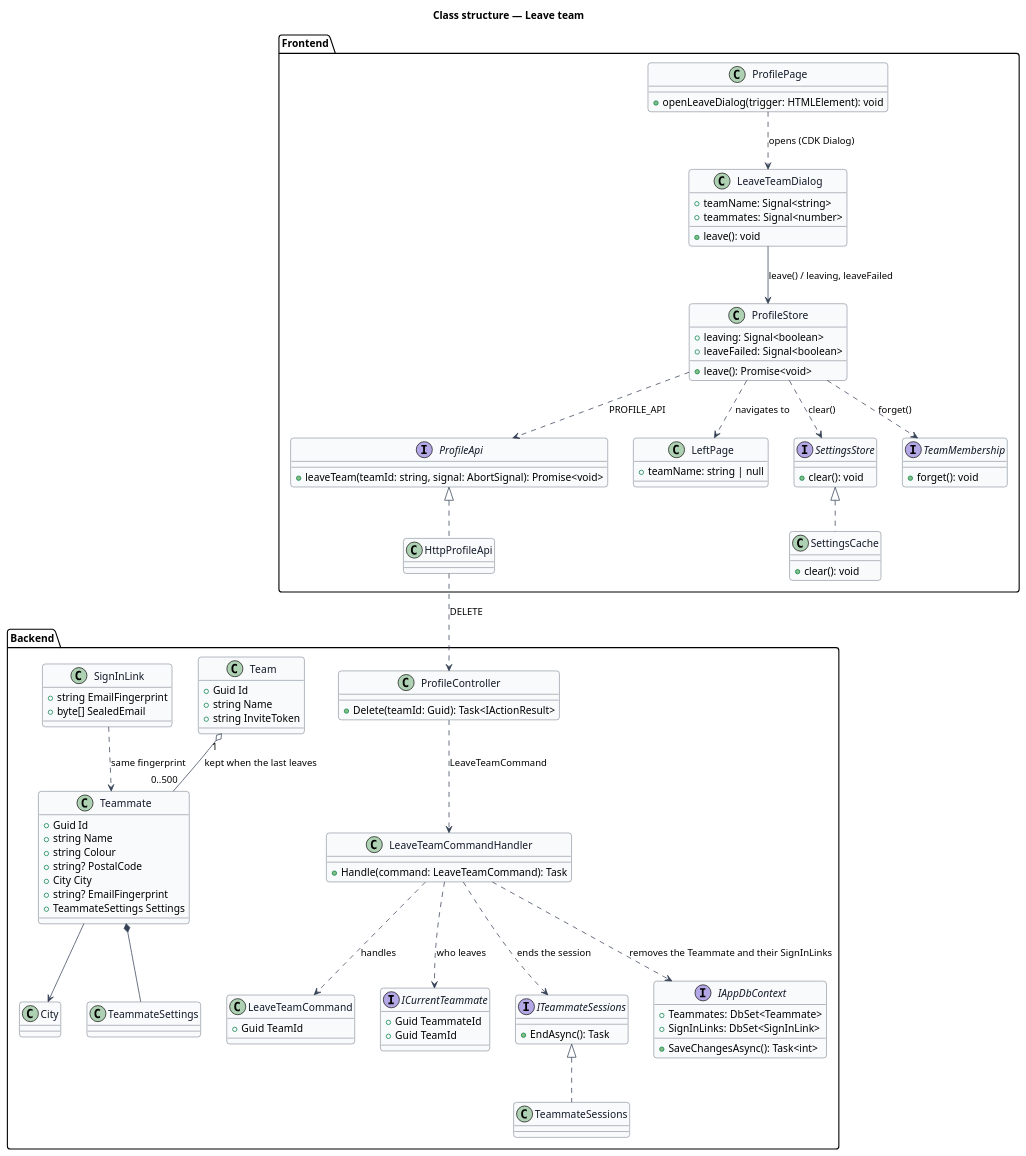
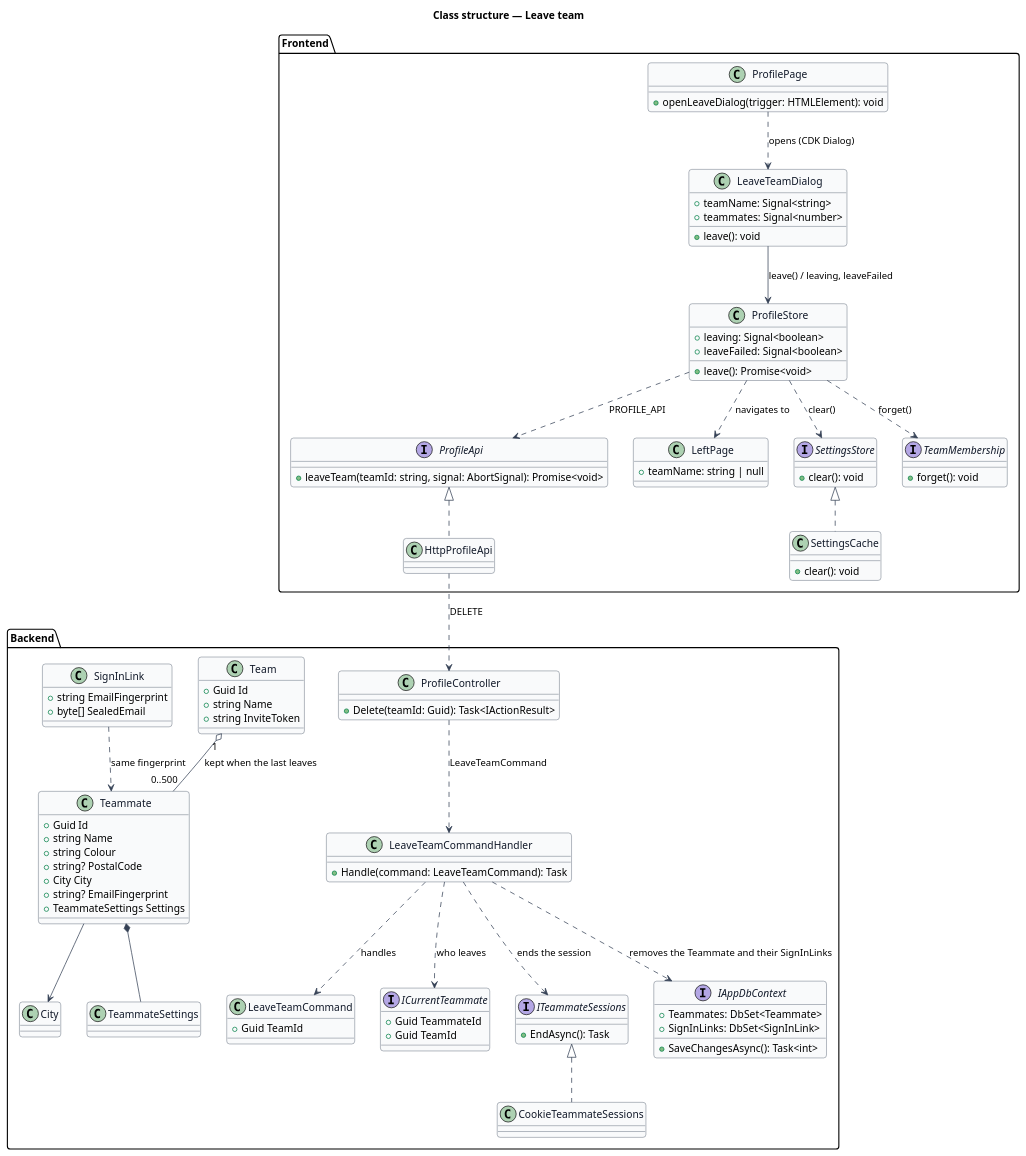
One commit to QuinntyneBrown/Mondino changed the diagram in docs/detailed-designs/profile/leave-team/diagrams/class-structure.puml. Above: the diagram before and after it, drawn with PlantUML. The commit also changed 15 other files, not shown here.

```diff
--- a/docs/detailed-designs/profile/leave-team/diagrams/class-structure.puml
+++ b/docs/detailed-designs/profile/leave-team/diagrams/class-structure.puml
@@ -1,110 +1,110 @@
 @startuml
 skinparam backgroundColor #FFFFFF
 skinparam shadowing false
 skinparam roundcorner 8
 skinparam defaultFontName Arial
 skinparam ArrowColor #344054
 skinparam class {
   BorderColor #344054
   FontColor #101828
   BackgroundColor #F9FAFB
 }
 title Class structure — Leave team
 
 package "Frontend" {
   class ProfilePage {
     +openLeaveDialog(trigger: HTMLElement): void
   }
   class LeaveTeamDialog {
     +teamName: Signal<string>
     +teammates: Signal<number>
     +leave(): void
   }
   class ProfileStore {
     +leaving: Signal<boolean>
     +leaveFailed: Signal<boolean>
     +leave(): Promise<void>
   }
   interface ProfileApi {
     +leaveTeam(teamId: string, signal: AbortSignal): Promise<void>
   }
   class HttpProfileApi
   class LeftPage {
     +teamName: string | null
   }
   interface SettingsStore {
     +clear(): void
   }
   class SettingsCache {
     +clear(): void
   }
   interface TeamMembership {
     +forget(): void
   }
 }
 
 package "Backend" {
   class ProfileController {
     +Delete(teamId: Guid): Task<IActionResult>
   }
   class LeaveTeamCommand {
     +Guid TeamId
   }
   class LeaveTeamCommandHandler {
     +Handle(command: LeaveTeamCommand): Task
   }
   interface ICurrentTeammate {
     +Guid TeammateId
     +Guid TeamId
   }
   interface ITeammateSessions {
     +EndAsync(): Task
   }
-  class TeammateSessions
+  class CookieTeammateSessions
   interface IAppDbContext {
     +Teammates: DbSet<Teammate>
     +SignInLinks: DbSet<SignInLink>
     +SaveChangesAsync(): Task<int>
   }
   class Team {
     +Guid Id
     +string Name
     +string InviteToken
   }
   class Teammate {
     +Guid Id
     +string Name
     +string Colour
     +string? PostalCode
     +City City
     +string? EmailFingerprint
     +TeammateSettings Settings
   }
   class SignInLink {
     +string EmailFingerprint
     +byte[] SealedEmail
   }
   class City
   class TeammateSettings
 }
 
 ProfilePage ..> LeaveTeamDialog : opens (CDK Dialog)
 LeaveTeamDialog --> ProfileStore : leave() / leaving, leaveFailed
 ProfileStore ..> ProfileApi : PROFILE_API
 ProfileApi <|.. HttpProfileApi
 ProfileStore ..> SettingsStore : clear()
 SettingsStore <|.. SettingsCache
 ProfileStore ..> TeamMembership : forget()
 ProfileStore ..> LeftPage : navigates to
 HttpProfileApi ..> ProfileController : DELETE
 ProfileController ..> LeaveTeamCommandHandler : LeaveTeamCommand
 LeaveTeamCommandHandler ..> LeaveTeamCommand : handles
 LeaveTeamCommandHandler ..> ICurrentTeammate : who leaves
 LeaveTeamCommandHandler ..> ITeammateSessions : ends the session
 LeaveTeamCommandHandler ..> IAppDbContext : removes the Teammate and their SignInLinks
-ITeammateSessions <|.. TeammateSessions
+ITeammateSessions <|.. CookieTeammateSessions
 Team "1" o-- "0..500" Teammate : kept when the last leaves
 Teammate --> City
 SignInLink ..> Teammate : same fingerprint
 Teammate *-- TeammateSettings
 @enduml
```
